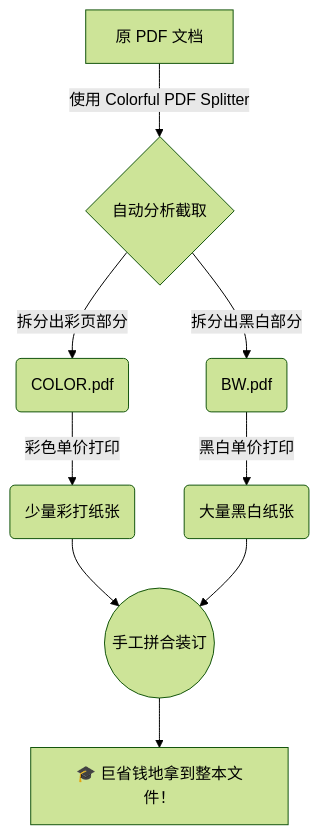
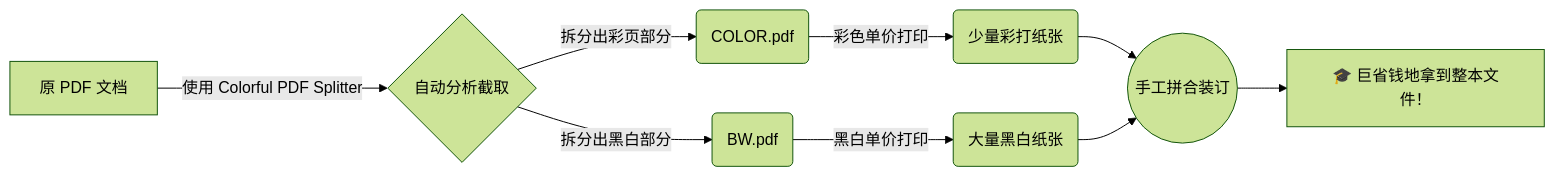
Before and after one commit to chuanwise/colorful-pdf-splitter: the diagram in README.md, drawn with Mermaid (forest theme).

Commit message:
feat: 优化流程图

````diff
--- a/README.md
+++ b/README.md
@@ -6,11 +6,11 @@
 ```mermaid
-graph TD
+graph LR
     A2[原 PDF 文档] -->|使用 Colorful PDF Splitter| B2{自动分析截取}
     B2 -->|拆分出彩页部分| C2(COLOR.pdf)
     B2 -->|拆分出黑白部分| D2(BW.pdf)
     C2 -->|彩色单价打印| E2(少量彩打纸张)
     D2 -->|黑白单价打印| F2(大量黑白纸张)
     E2 --> G2((手工拼合装订))
     F2 --> G2
     G2 --> H2[🎓 巨省钱地拿到整本文件！]
 ```
````
